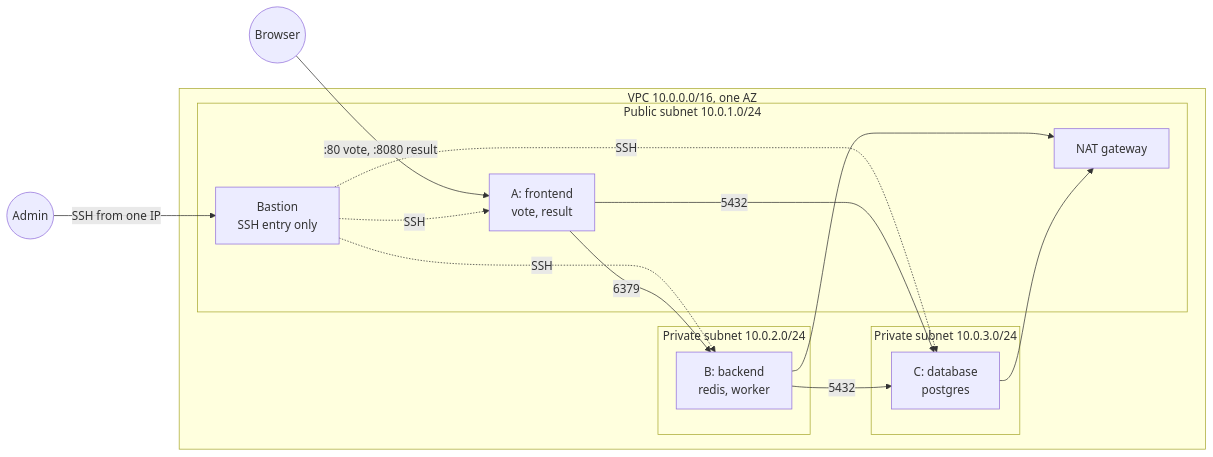
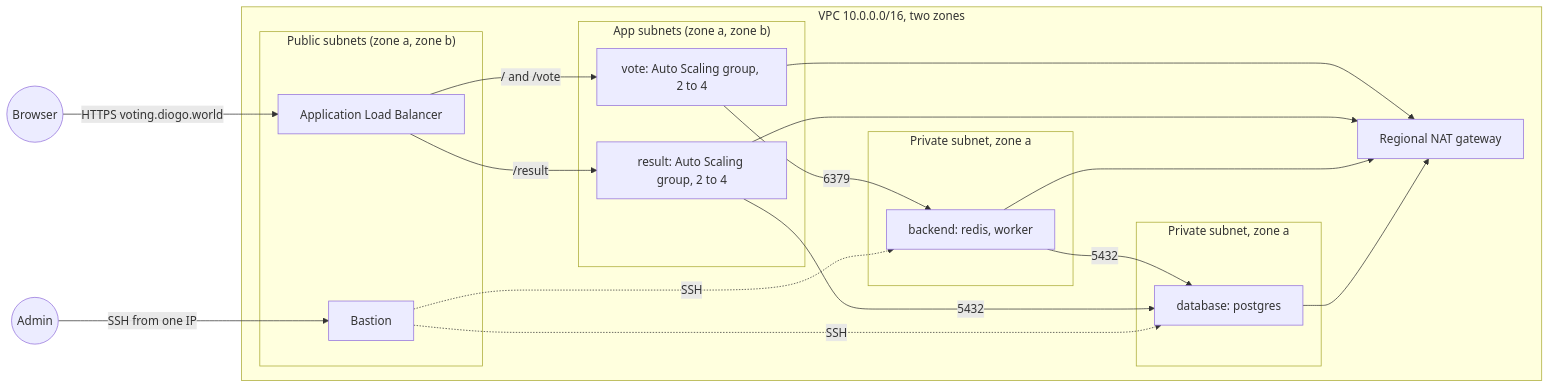
Before and after one commit to terbin-tech/ironhack-project-1: the diagram in README.md, drawn with Mermaid. The commit also changed other lines of this file, not shown here.

Commit message:
docs: describe the load balancer, HTTPS and the auto scaling groups

````diff
--- a/README.md
+++ b/README.md
@@ -7,26 +7,33 @@
 ```mermaid
 flowchart LR
-  user((Browser)) -->|":80 vote, :8080 result"| A
+  user((Browser)) -->|"HTTPS voting.diogo.world"| ALB
   admin((Admin)) -->|SSH from one IP| BA
-  subgraph VPC["VPC 10.0.0.0/16, one AZ"]
-    subgraph pub["Public subnet 10.0.1.0/24"]
-      BA["Bastion<br/>SSH entry only"]
-      A["A: frontend<br/>vote, result"]
-      NAT[NAT gateway]
+  subgraph VPC["VPC 10.0.0.0/16, two zones"]
+    subgraph pub["Public subnets (zone a, zone b)"]
+      ALB[Application Load Balancer]
+      BA[Bastion]
     end
-    subgraph be["Private subnet 10.0.2.0/24"]
-      B["B: backend<br/>redis, worker"]
+    subgraph app["App subnets (zone a, zone b)"]
+      V["vote: Auto Scaling group, 2 to 4"]
+      R["result: Auto Scaling group, 2 to 4"]
     end
-    subgraph dbs["Private subnet 10.0.3.0/24"]
-      C["C: database<br/>postgres"]
+    subgraph be["Private subnet, zone a"]
+      B["backend: redis, worker"]
     end
+    subgraph dbs["Private subnet, zone a"]
+      C["database: postgres"]
+    end
+    NAT[Regional NAT gateway]
   end
-  BA -.->|SSH| A
+  ALB -->|"/ and /vote"| V
+  ALB -->|"/result"| R
+  V -->|6379| B
+  B -->|5432| C
+  R -->|5432| C
   BA -.->|SSH| B
   BA -.->|SSH| C
-  A -->|"6379"| B
-  B -->|"5432"| C
-  A -->|"5432"| C
+  V --> NAT
+  R --> NAT
   B --> NAT
   C --> NAT
 ```
````
